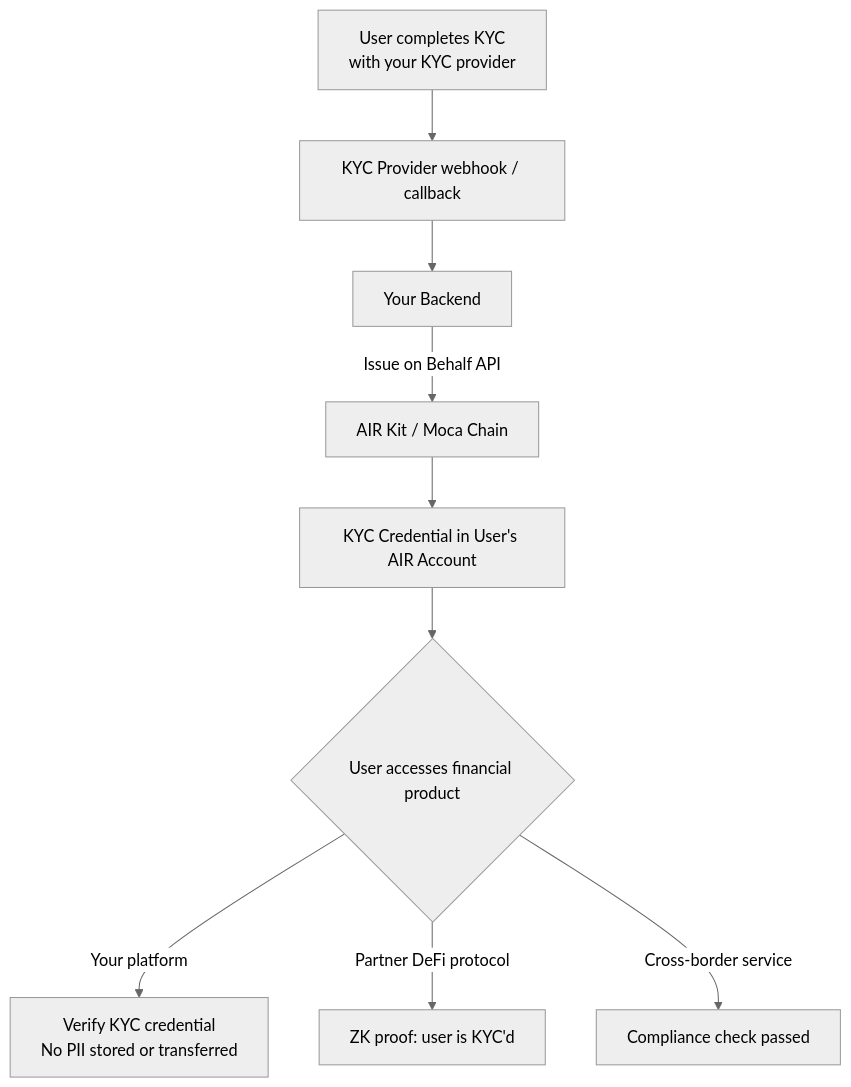
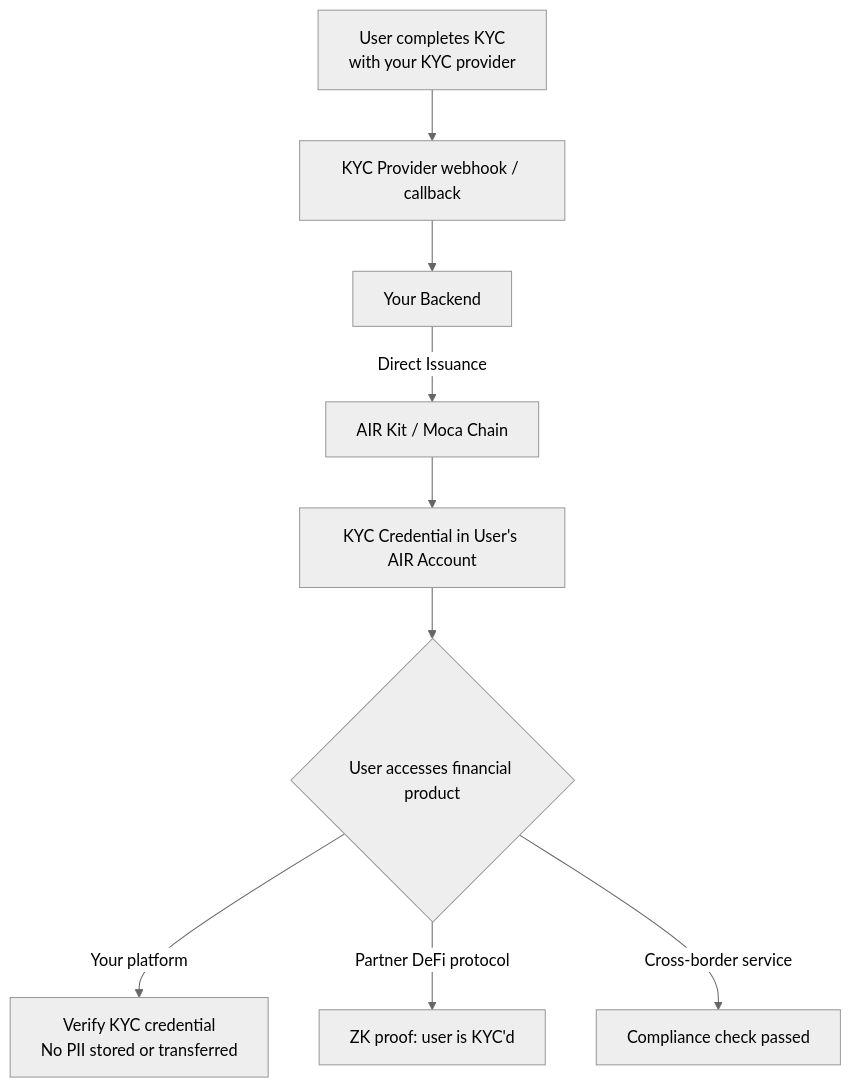
The diagram in airkit/guides/air-for-fintech.mdx (MocaNetwork/docs), drawn with Mermaid (neutral theme) before and after one commit. The commit also changed other lines of this file and 41 other files, not shown here.

First line of the commit message:
Upgrade docs for signature-based, issuer-sovereign architecture (#22)

````diff
--- a/airkit/guides/air-for-fintech.mdx
+++ b/airkit/guides/air-for-fintech.mdx
@@ -19,12 +19,12 @@
 ```mermaid
 graph TD
     A["User completes KYC\nwith your KYC provider"] --> B["KYC Provider webhook / callback"]
     B --> C[Your Backend]
-    C -->|Issue on Behalf API| D[AIR Kit / Moca Chain]
+    C -->|Direct Issuance| D[AIR Kit / Moca Chain]
     D --> E[KYC Credential in User's AIR Account]
 
     E --> F{User accesses financial product}
     F -->|Your platform| G["Verify KYC credential\nNo PII stored or transferred"]
     F -->|Partner DeFi protocol| H["ZK proof: user is KYC'd"]
     F -->|Cross-border service| I[Compliance check passed]
 ```
````
